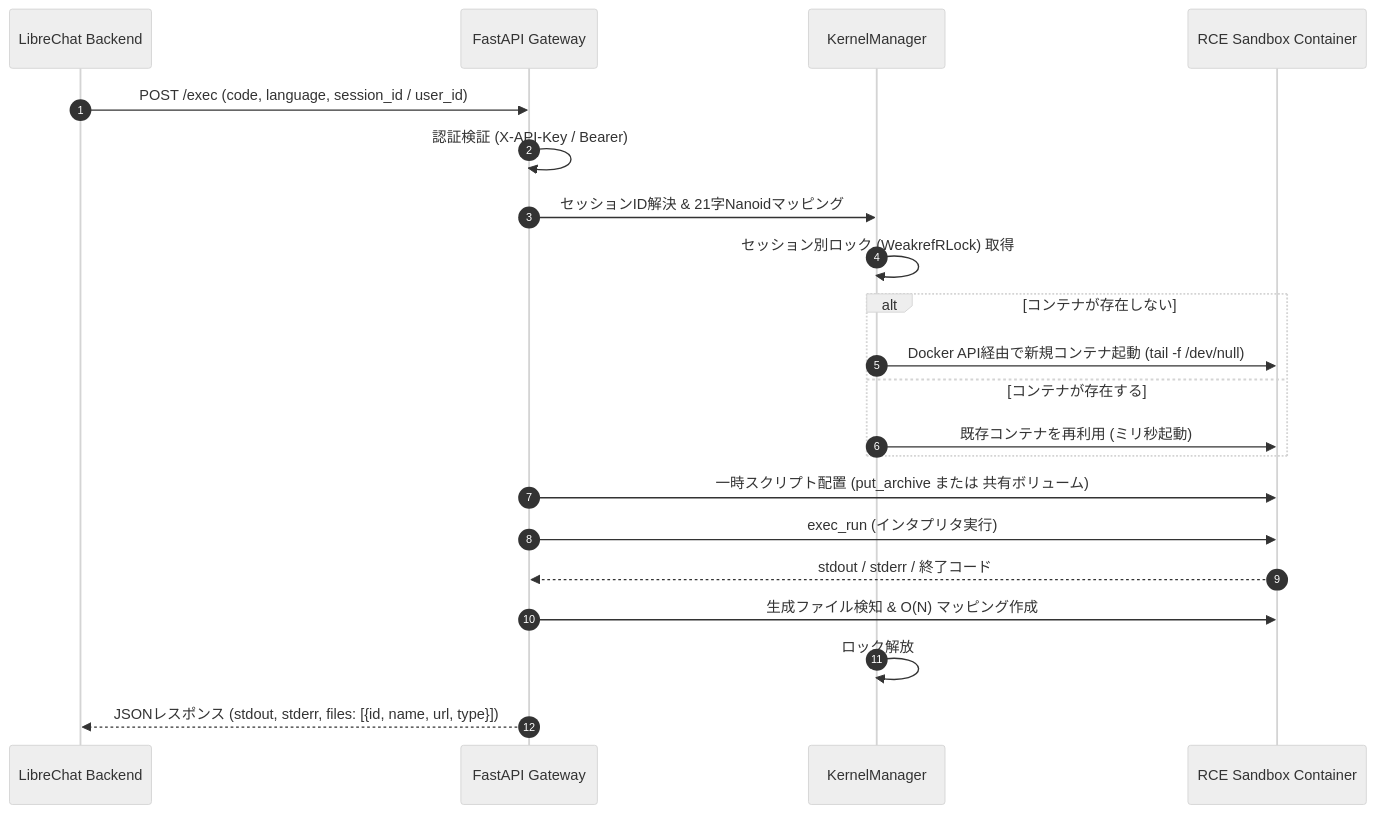
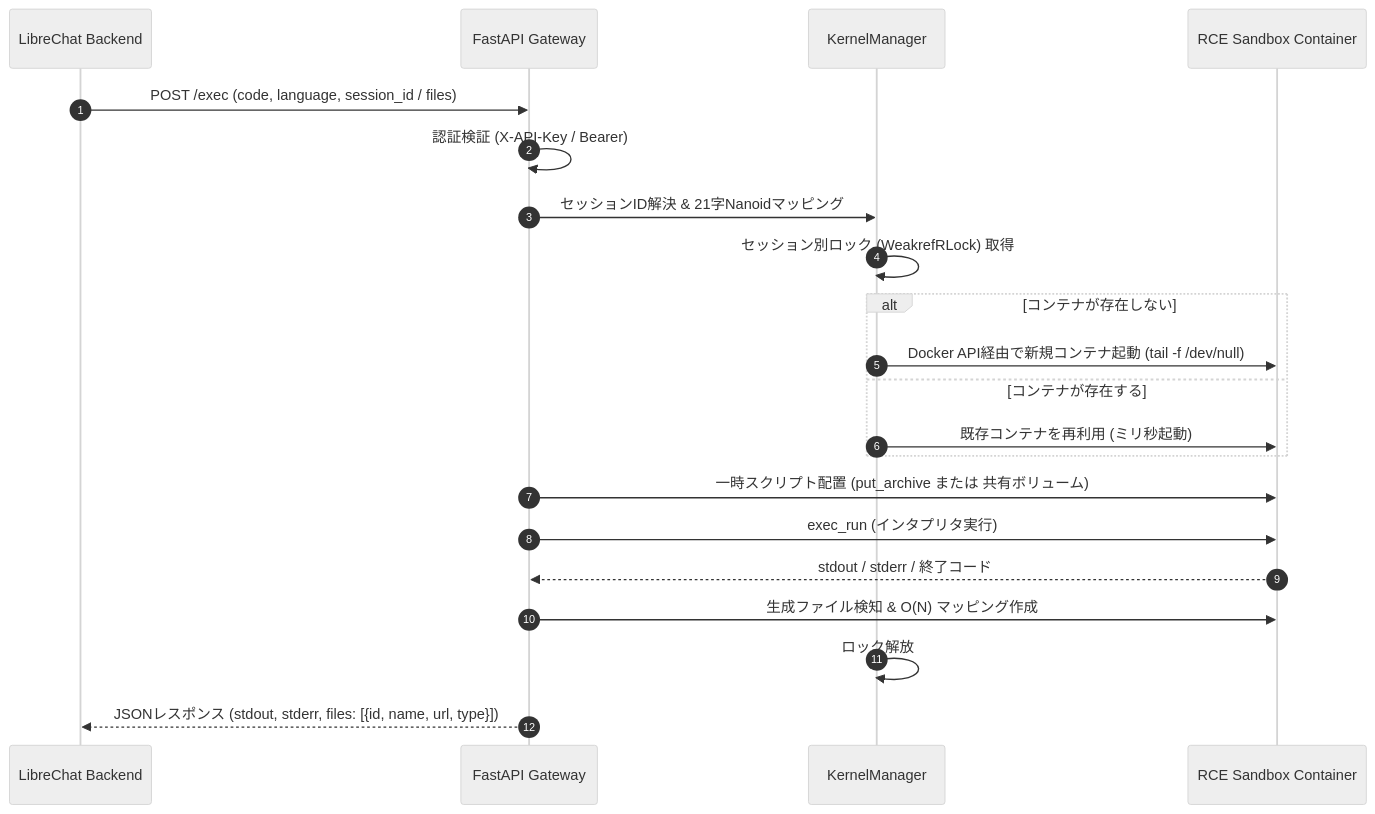
Before and after one commit to chottokun/LibreChat_with_local_CI: the second of 2 diagrams in docs/architecture/overview.md, drawn with Mermaid (neutral theme). The commit also changed 7 other files, not shown here.

````diff
--- a/docs/architecture/overview.md
+++ b/docs/architecture/overview.md
@@ -66,24 +66,24 @@
 ```mermaid
 sequenceDiagram
     autonumber
     participant LC as LibreChat Backend
     participant API as FastAPI Gateway
     participant KM as KernelManager
     participant RCE as RCE Sandbox Container
 
-    LC->>API: POST /exec (code, language, session_id / user_id)
+    LC->>API: POST /exec (code, language, session_id / files)
     API->>API: 認証検証 (X-API-Key / Bearer)
     API->>KM: セッションID解決 & 21字Nanoidマッピング
     KM->>KM: セッション別ロック (WeakrefRLock) 取得
     alt コンテナが存在しない
         KM->>RCE: Docker API経由で新規コンテナ起動 (tail -f /dev/null)
     else コンテナが存在する
         KM->>RCE: 既存コンテナを再利用 (ミリ秒起動)
     end
     API->>RCE: 一時スクリプト配置 (put_archive または 共有ボリューム)
     API->>RCE: exec_run (インタプリタ実行)
     RCE-->>API: stdout / stderr / 終了コード
     API->>RCE: 生成ファイル検知 & O(N) マッピング作成
     KM->>KM: ロック解放
     API-->>LC: JSONレスポンス (stdout, stderr, files: [{id, name, url, type}])
 ```
````
